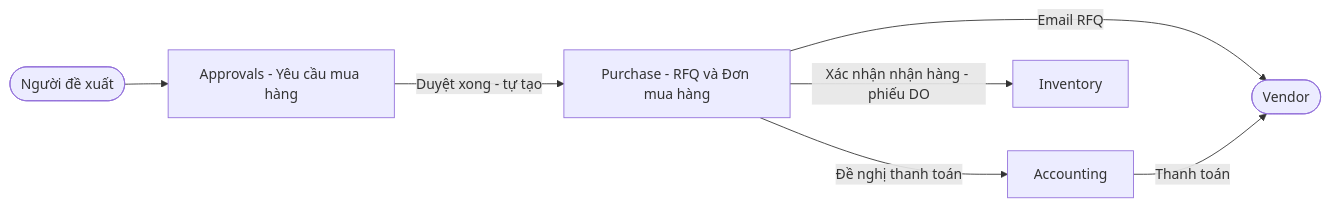
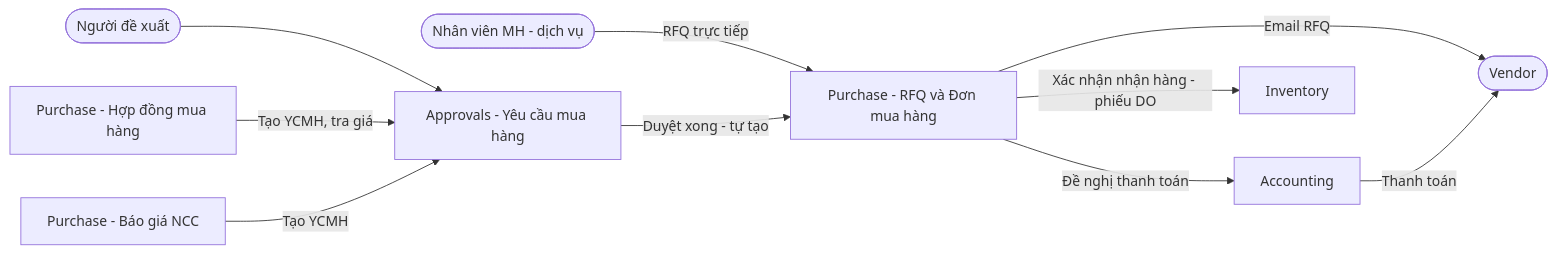
One commit to lethanhdat2002296-cpu/Skill_BA_Cloud_Automation changed the first of 5 diagrams in outputs/odoo-mua-hang/SRS.md. Above: the diagram before and after it, drawn with Mermaid. The commit also changed other lines of this file, not shown here.

First line of the commit message:
docs(odoo-mua-hang): SRS v0.2 draft — khảo sát lần 2 Yêu cầu mua hàng

````diff
--- a/outputs/odoo-mua-hang/SRS.md
+++ b/outputs/odoo-mua-hang/SRS.md
@@ -50,9 +69,12 @@
 ```mermaid
 flowchart LR
   ND([Người đề xuất]) --> AP[Approvals - Yêu cầu mua hàng]
+  HD[Purchase - Hợp đồng mua hàng] -->|Tạo YCMH, tra giá| AP
+  BG[Purchase - Báo giá NCC] -->|Tạo YCMH| AP
+  MH([Nhân viên MH - dịch vụ]) -->|RFQ trực tiếp| PU
   AP -->|Duyệt xong - tự tạo| PU[Purchase - RFQ và Đơn mua hàng]
   PU -->|Email RFQ| VD([Vendor])
   PU -->|Đề nghị thanh toán| AC[Accounting]
   PU -->|Xác nhận nhận hàng - phiếu DO| IN[Inventory]
   AC -->|Thanh toán| VD
 ```
````
